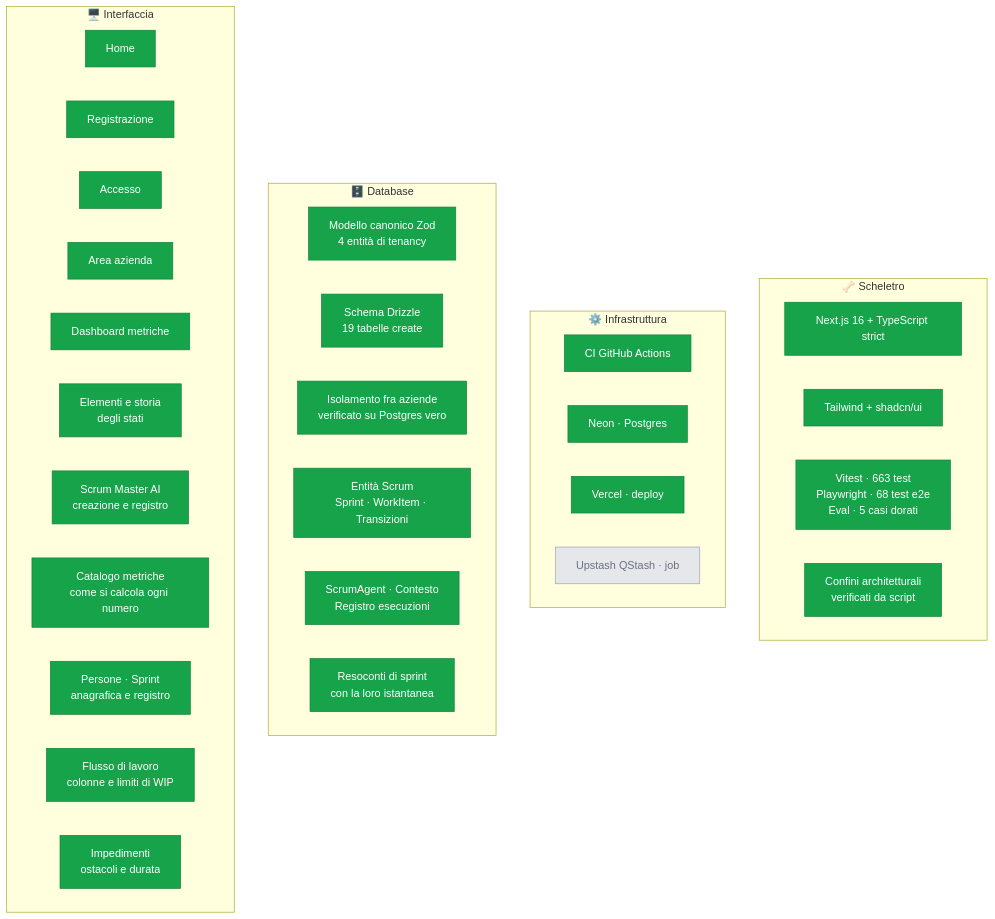
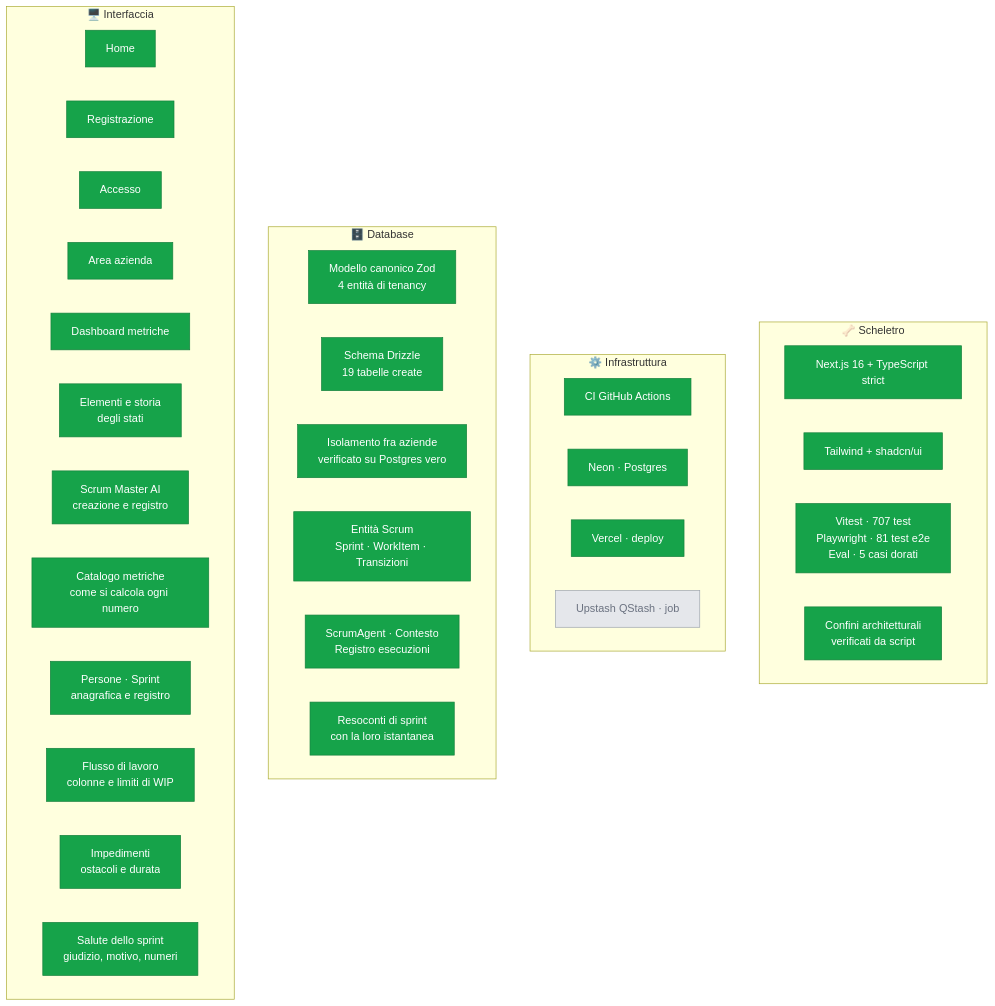
One commit to dibari62/scrum-master-ai changed the first of 3 diagrams in docs/stato-progetto.md. Above: the diagram before and after it, drawn with Mermaid. The commit also changed other lines of this file and 26 other files, not shown here.

````diff
--- a/docs/stato-progetto.md
+++ b/docs/stato-progetto.md
@@ -14,49 +14,50 @@
 ```mermaid
 graph TB
     subgraph SCH["🦴 Scheletro"]
         S1["Next.js 16 + TypeScript strict"]
         S2["Tailwind + shadcn/ui"]
-        S3["Vitest · 663 test<br/>Playwright · 68 test e2e<br/>Eval · 5 casi dorati"]
+        S3["Vitest · 707 test<br/>Playwright · 81 test e2e<br/>Eval · 5 casi dorati"]
         S4["Confini architetturali<br/>verificati da script"]
     end
 
     subgraph INF["⚙️ Infrastruttura"]
         I1["CI GitHub Actions"]
         I2["Neon · Postgres"]
         I3["Vercel · deploy"]
         I4["Upstash QStash · job"]
     end
 
     subgraph DB["🗄️ Database"]
         D1["Modello canonico Zod<br/>4 entità di tenancy"]
         D2["Schema Drizzle<br/>19 tabelle create"]
         D3["Isolamento fra aziende<br/>verificato su Postgres vero"]
         D4["Entità Scrum<br/>Sprint · WorkItem · Transizioni"]
         D5["ScrumAgent · Contesto<br/>Registro esecuzioni"]
         D6["Resoconti di sprint<br/>con la loro istantanea"]
     end
 
     subgraph UI["🖥️ Interfaccia"]
         U1["Home"]
         U2["Registrazione"]
         U3["Accesso"]
         U4["Area azienda"]
         U5["Dashboard metriche"]
         U7["Elementi e storia<br/>degli stati"]
         U6["Scrum Master AI<br/>creazione e registro"]
         U8["Catalogo metriche<br/>come si calcola ogni numero"]
         U9["Persone · Sprint<br/>anagrafica e registro"]
         U10["Flusso di lavoro<br/>colonne e limiti di WIP"]
         U11["Impedimenti<br/>ostacoli e durata"]
+        U12["Salute dello sprint<br/>giudizio, motivo, numeri"]
     end
 
     classDef fatto fill:#16a34a,stroke:#15803d,color:#fff
     classDef corso fill:#eab308,stroke:#ca8a04,color:#000
     classDef todo fill:#e5e7eb,stroke:#9ca3af,color:#6b7280
 
     class S1,S2,S3,S4 fatto
     class I1,I2,I3 fatto
     class I4 todo
     class D1,D2,D3,D4,D5,D6 fatto
-    class U1,U2,U3,U4,U5,U6,U7,U8,U9,U10,U11 fatto
+    class U1,U2,U3,U4,U5,U6,U7,U8,U9,U10,U11,U12 fatto
 ```
````
